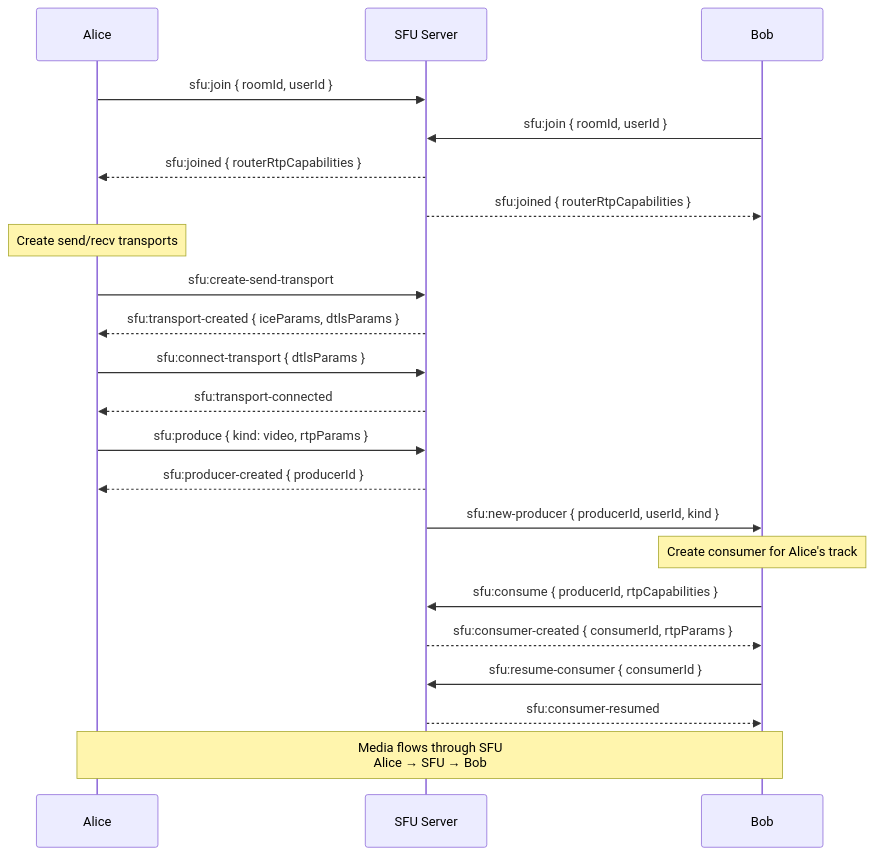
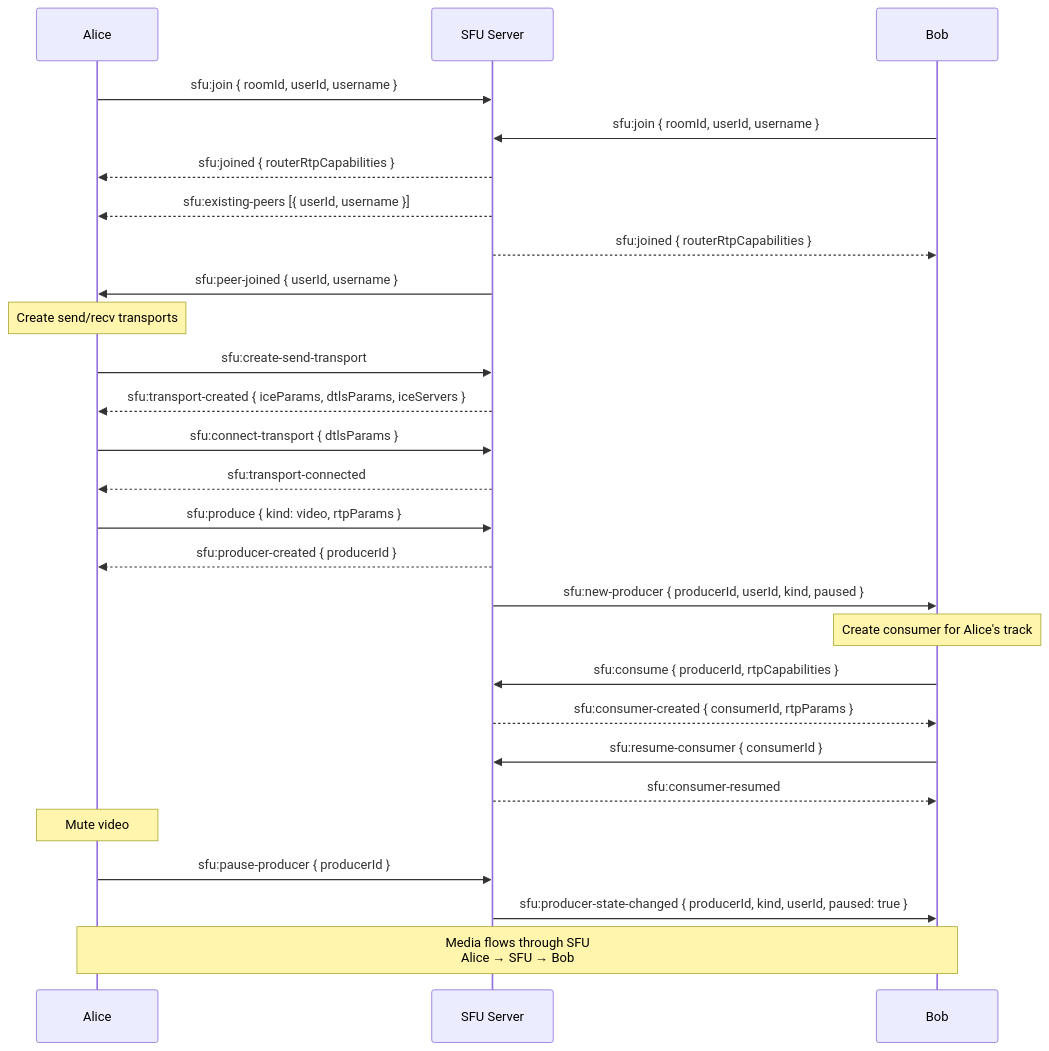
One commit to YuriFA/zvonOK changed the diagram in docs/architecture/sequence-sfu.md. Above: the diagram before and after it, drawn with Mermaid. The commit also changed other lines of this file and 6 other files, not shown here.

First line of the commit message:
docs: simplify architecture diagrams and sync with codebase

````diff
--- a/docs/architecture/sequence-sfu.md
+++ b/docs/architecture/sequence-sfu.md
@@ -5,29 +5,35 @@
 ```mermaid
 sequenceDiagram
     participant A as Alice
     participant S as SFU Server
     participant B as Bob
 
-    A->>S: sfu:join { roomId, userId }
-    B->>S: sfu:join { roomId, userId }
+    A->>S: sfu:join { roomId, userId, username }
+    B->>S: sfu:join { roomId, userId, username }
     S-->>A: sfu:joined { routerRtpCapabilities }
+    S-->>A: sfu:existing-peers [{ userId, username }]
     S-->>B: sfu:joined { routerRtpCapabilities }
+    S->>A: sfu:peer-joined { userId, username }
 
     Note over A: Create send/recv transports
     A->>S: sfu:create-send-transport
-    S-->>A: sfu:transport-created { iceParams, dtlsParams }
+    S-->>A: sfu:transport-created { iceParams, dtlsParams, iceServers }
     A->>S: sfu:connect-transport { dtlsParams }
     S-->>A: sfu:transport-connected
 
     A->>S: sfu:produce { kind: video, rtpParams }
     S-->>A: sfu:producer-created { producerId }
-    S->>B: sfu:new-producer { producerId, userId, kind }
+    S->>B: sfu:new-producer { producerId, userId, kind, paused }
 
     Note over B: Create consumer for Alice's track
     B->>S: sfu:consume { producerId, rtpCapabilities }
     S-->>B: sfu:consumer-created { consumerId, rtpParams }
     B->>S: sfu:resume-consumer { consumerId }
     S-->>B: sfu:consumer-resumed
 
+    Note over A: Mute video
+    A->>S: sfu:pause-producer { producerId }
+    S->>B: sfu:producer-state-changed { producerId, kind, userId, paused: true }
+
     Note over A,B: Media flows through SFU<br/>Alice → SFU → Bob
 ```
````
